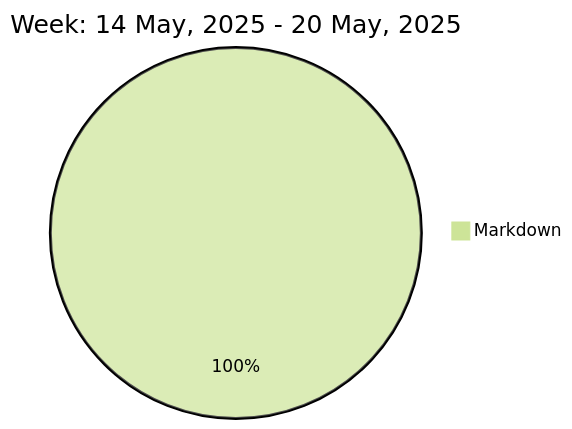
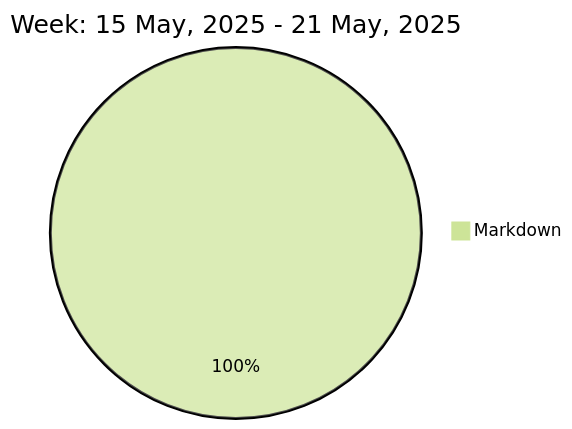
One commit to liubin95/liubin95 changed the diagram in README.md. Above: the diagram before and after it, drawn with Mermaid (forest theme).

Commit message:
Updated the Graph with new Metrics

````diff
--- a/README.md
+++ b/README.md
@@ -37,5 +37,5 @@
 ```mermaid
  pie
-title Week: 14 May, 2025 - 20 May, 2025
+title Week: 15 May, 2025 - 21 May, 2025
  "Markdown" : 2.9
 ```
````
